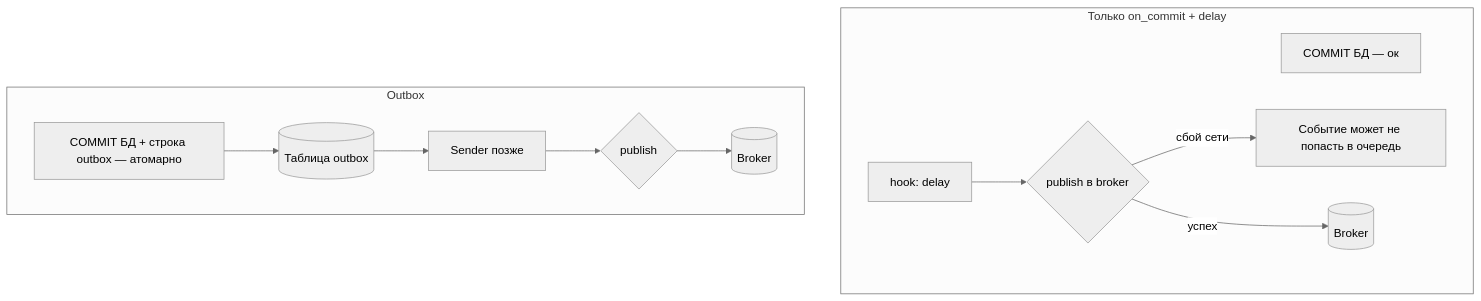
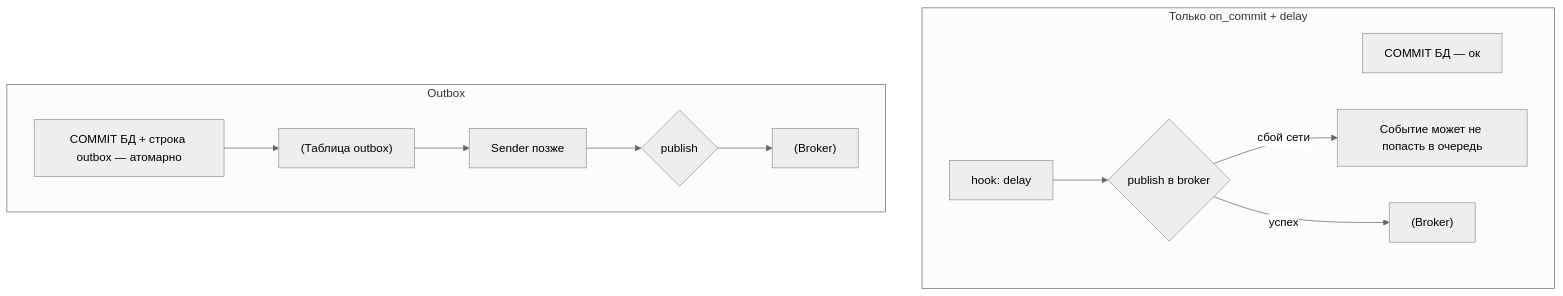
The fourth of 5 diagrams in directions/services/celery/pact/18_integraciya_s_django/11_18_18_2_tranzaktsii_i_publikatsiya_zadach.md (DDoSKudya/ai-study-atlas), drawn with Mermaid (neutral theme) before and after one commit. The commit also changed other lines of this file and 322 other files, not shown here.

Commit message:
fix(docs): make mermaid diagrams GitHub-compatible across directions content

````diff
--- a/directions/services/celery/pact/18_integraciya_s_django/11_18_18_2_tranzaktsii_i_publikatsiya_zadach.md
+++ b/directions/services/celery/pact/18_integraciya_s_django/11_18_18_2_tranzaktsii_i_publikatsiya_zadach.md
@@ -384,18 +384,18 @@
 ```mermaid
 flowchart TB
   subgraph oc["Только on_commit + delay"]
-    T1[COMMIT БД — ок]
-    H[hook: delay]
-    H --> P1{publish в broker}
-    P1 -->|сбой сети| LOST[Событие может не попасть в очередь]
-    P1 -->|успех| Q1[(Broker)]
+    T1["COMMIT БД — ок"]
+    H["hook: delay"]
+    H --> P1{"publish в broker"}
+    P1 -->|сбой сети| LOST["Событие может не попасть в очередь"]
+    P1 -->|успех| Q1["(Broker)"]
   end
   subgraph ob["Outbox"]
-    T2[COMMIT БД + строка outbox — атомарно]
-    T2 --> OB[(Таблица outbox)]
-    S[Sender позже]
+    T2["COMMIT БД + строка outbox — атомарно"]
+    T2 --> OB["(Таблица outbox)"]
+    S["Sender позже"]
     OB --> S
-    S --> P2{publish}
-    P2 --> Q2[(Broker)]
+    S --> P2{"publish"}
+    P2 --> Q2["(Broker)"]
   end
 ```
````
